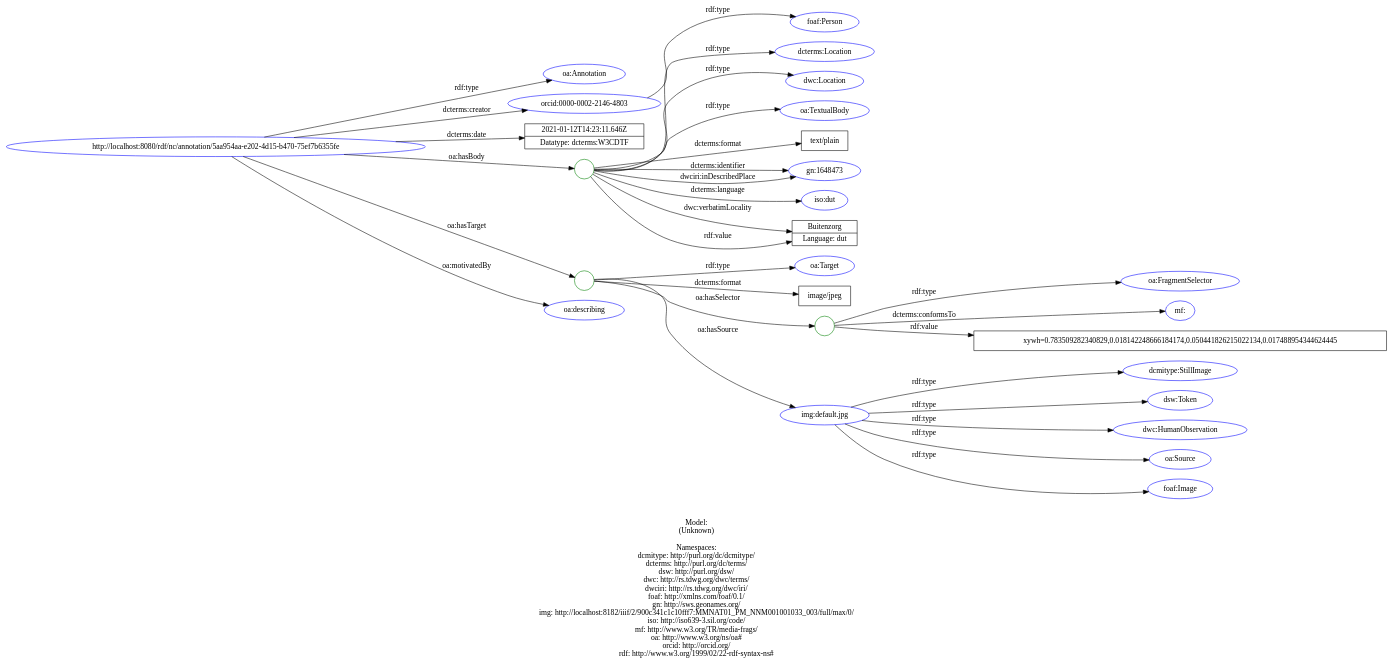
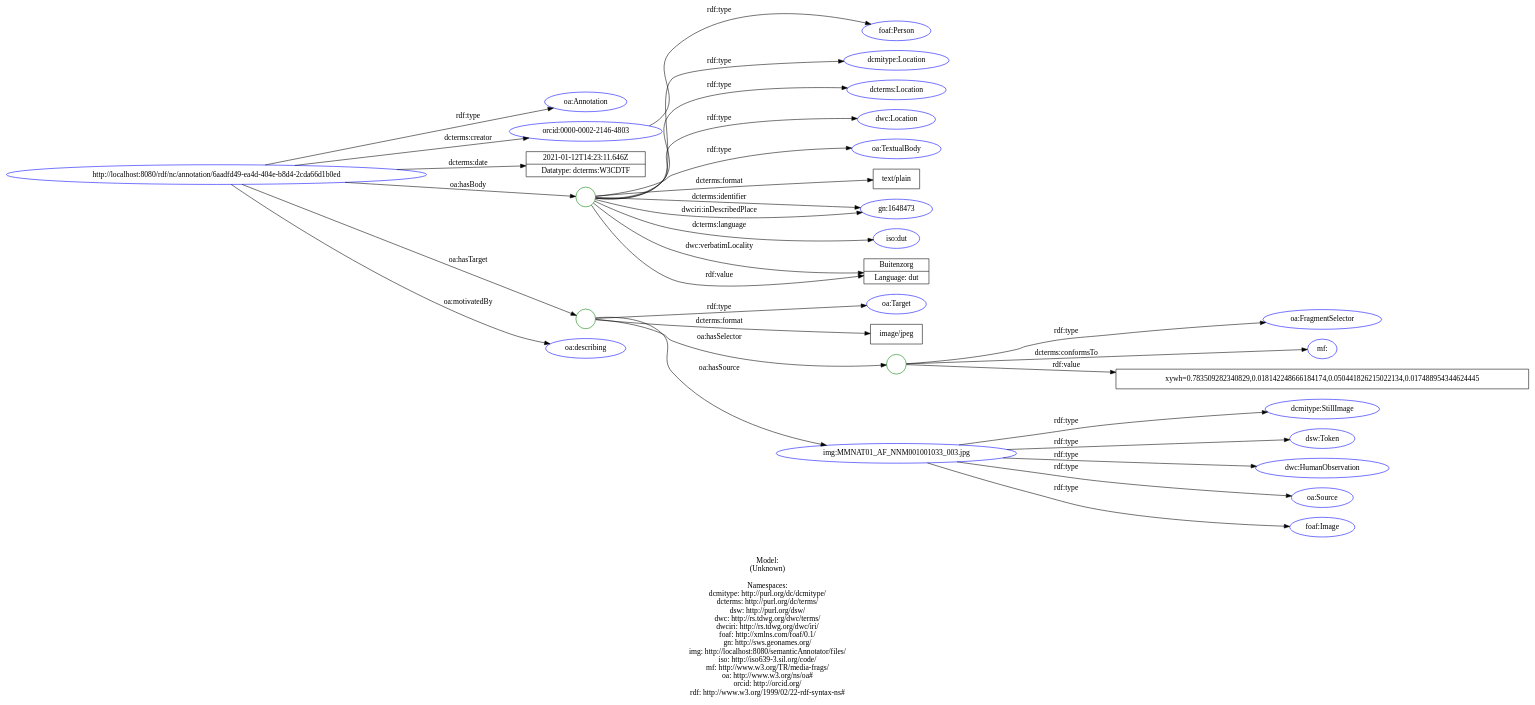
One commit to lisestork/SFB-Annotator changed the diagram in doc/models/example_3_1.dot. Above: the diagram before and after it, drawn with Graphviz. The commit also changed 12 other files, not shown here.

Commit message:
Update data models: example_{2,3,7}_1 #81. - remove some unnecessary variables in AnnotationServlet.java - add DC classes: dcterms:Agent, dcmitype:Location, dcmitype:Event

```diff
--- a/doc/models/example_3_1.dot
+++ b/doc/models/example_3_1.dot
@@ -1,68 +1,70 @@
 digraph {
 	rankdir = LR;
 	charset="utf-8";
 
-	"Rhttp://localhost:8080/rdf/nc/annotation/5aa954aa-e202-4d15-b470-75ef7b6355fe" -> "Roa:Annotation" [ label="rdf:type" ];
-	"Rhttp://localhost:8080/rdf/nc/annotation/5aa954aa-e202-4d15-b470-75ef7b6355fe" -> "Rorcid:0000-0002-2146-4803" [ label="dcterms:creator" ];
-	"Rhttp://localhost:8080/rdf/nc/annotation/5aa954aa-e202-4d15-b470-75ef7b6355fe" -> "L2021-01-12T14:23:11.646Z|Datatype: dcterms:W3CDTF" [ label="dcterms:date" ];
-	"Rhttp://localhost:8080/rdf/nc/annotation/5aa954aa-e202-4d15-b470-75ef7b6355fe" -> "B_:node1f0gq2gelx56" [ label="oa:hasBody" ];
-	"B_:node1f0gq2gelx56" -> "Rdcterms:Location" [ label="rdf:type" ];
-	"B_:node1f0gq2gelx56" -> "Rdwc:Location" [ label="rdf:type" ];
-	"B_:node1f0gq2gelx56" -> "Roa:TextualBody" [ label="rdf:type" ];
-	"B_:node1f0gq2gelx56" -> "Ltext/plain" [ label="dcterms:format" ];
-	"B_:node1f0gq2gelx56" -> "Rgn:1648473" [ label="dcterms:identifier" ];
-	"B_:node1f0gq2gelx56" -> "Riso:dut" [ label="dcterms:language" ];
-	"B_:node1f0gq2gelx56" -> "Rgn:1648473" [ label="dwciri:inDescribedPlace" ];
-	"B_:node1f0gq2gelx56" -> "LBuitenzorg|Language: dut" [ label="dwc:verbatimLocality" ];
-	"B_:node1f0gq2gelx56" -> "LBuitenzorg|Language: dut" [ label="rdf:value" ];
-	"Rhttp://localhost:8080/rdf/nc/annotation/5aa954aa-e202-4d15-b470-75ef7b6355fe" -> "B_:node1f0gq2gelx55" [ label="oa:hasTarget" ];
-	"B_:node1f0gq2gelx55" -> "Roa:Target" [ label="rdf:type" ];
-	"B_:node1f0gq2gelx55" -> "Limage/jpeg" [ label="dcterms:format" ];
-	"B_:node1f0gq2gelx55" -> "B_:node1f0gq2gelx58" [ label="oa:hasSelector" ];
-	"B_:node1f0gq2gelx58" -> "Roa:FragmentSelector" [ label="rdf:type" ];
-	"B_:node1f0gq2gelx58" -> "Rmf:" [ label="dcterms:conformsTo" ];
-	"B_:node1f0gq2gelx58" -> "Lxywh=0.783509282340829,0.018142248666184174,0.050441826215022134,0.017488954344624445" [ label="rdf:value" ];
-	"B_:node1f0gq2gelx55" -> "Rimg:default.jpg" [ label="oa:hasSource" ];
-	"Rhttp://localhost:8080/rdf/nc/annotation/5aa954aa-e202-4d15-b470-75ef7b6355fe" -> "Roa:describing" [ label="oa:motivatedBy" ];
+	"Rhttp://localhost:8080/rdf/nc/annotation/6aadfd49-ea4d-404e-b8d4-2cda66d1b0ed" -> "Roa:Annotation" [ label="rdf:type" ];
+	"Rhttp://localhost:8080/rdf/nc/annotation/6aadfd49-ea4d-404e-b8d4-2cda66d1b0ed" -> "Rorcid:0000-0002-2146-4803" [ label="dcterms:creator" ];
+	"Rhttp://localhost:8080/rdf/nc/annotation/6aadfd49-ea4d-404e-b8d4-2cda66d1b0ed" -> "L2021-01-12T14:23:11.646Z|Datatype: dcterms:W3CDTF" [ label="dcterms:date" ];
+	"Rhttp://localhost:8080/rdf/nc/annotation/6aadfd49-ea4d-404e-b8d4-2cda66d1b0ed" -> "B_:node1f26ai8ibx13" [ label="oa:hasBody" ];
+	"B_:node1f26ai8ibx13" -> "Rdcmitype:Location" [ label="rdf:type" ];
+	"B_:node1f26ai8ibx13" -> "Rdcterms:Location" [ label="rdf:type" ];
+	"B_:node1f26ai8ibx13" -> "Rdwc:Location" [ label="rdf:type" ];
+	"B_:node1f26ai8ibx13" -> "Roa:TextualBody" [ label="rdf:type" ];
+	"B_:node1f26ai8ibx13" -> "Ltext/plain" [ label="dcterms:format" ];
+	"B_:node1f26ai8ibx13" -> "Rgn:1648473" [ label="dcterms:identifier" ];
+	"B_:node1f26ai8ibx13" -> "Riso:dut" [ label="dcterms:language" ];
+	"B_:node1f26ai8ibx13" -> "Rgn:1648473" [ label="dwciri:inDescribedPlace" ];
+	"B_:node1f26ai8ibx13" -> "LBuitenzorg|Language: dut" [ label="dwc:verbatimLocality" ];
+	"B_:node1f26ai8ibx13" -> "LBuitenzorg|Language: dut" [ label="rdf:value" ];
+	"Rhttp://localhost:8080/rdf/nc/annotation/6aadfd49-ea4d-404e-b8d4-2cda66d1b0ed" -> "B_:node1f26ai8ibx12" [ label="oa:hasTarget" ];
+	"B_:node1f26ai8ibx12" -> "Roa:Target" [ label="rdf:type" ];
+	"B_:node1f26ai8ibx12" -> "Limage/jpeg" [ label="dcterms:format" ];
+	"B_:node1f26ai8ibx12" -> "B_:node1f26ai8ibx15" [ label="oa:hasSelector" ];
+	"B_:node1f26ai8ibx15" -> "Roa:FragmentSelector" [ label="rdf:type" ];
+	"B_:node1f26ai8ibx15" -> "Rmf:" [ label="dcterms:conformsTo" ];
+	"B_:node1f26ai8ibx15" -> "Lxywh=0.783509282340829,0.018142248666184174,0.050441826215022134,0.017488954344624445" [ label="rdf:value" ];
+	"B_:node1f26ai8ibx12" -> "Rimg:MMNAT01_AF_NNM001001033_003.jpg" [ label="oa:hasSource" ];
+	"Rhttp://localhost:8080/rdf/nc/annotation/6aadfd49-ea4d-404e-b8d4-2cda66d1b0ed" -> "Roa:describing" [ label="oa:motivatedBy" ];
 	"Rorcid:0000-0002-2146-4803" -> "Rfoaf:Person" [ label="rdf:type" ];
-	"Rimg:default.jpg" -> "Rdcmitype:StillImage" [ label="rdf:type" ];
-	"Rimg:default.jpg" -> "Rdsw:Token" [ label="rdf:type" ];
-	"Rimg:default.jpg" -> "Rdwc:HumanObservation" [ label="rdf:type" ];
-	"Rimg:default.jpg" -> "Roa:Source" [ label="rdf:type" ];
-	"Rimg:default.jpg" -> "Rfoaf:Image" [ label="rdf:type" ];
+	"Rimg:MMNAT01_AF_NNM001001033_003.jpg" -> "Rdcmitype:StillImage" [ label="rdf:type" ];
+	"Rimg:MMNAT01_AF_NNM001001033_003.jpg" -> "Rdsw:Token" [ label="rdf:type" ];
+	"Rimg:MMNAT01_AF_NNM001001033_003.jpg" -> "Rdwc:HumanObservation" [ label="rdf:type" ];
+	"Rimg:MMNAT01_AF_NNM001001033_003.jpg" -> "Roa:Source" [ label="rdf:type" ];
+	"Rimg:MMNAT01_AF_NNM001001033_003.jpg" -> "Rfoaf:Image" [ label="rdf:type" ];
 
 	// Resources
-	"Rhttp://localhost:8080/rdf/nc/annotation/5aa954aa-e202-4d15-b470-75ef7b6355fe" [ label="http://localhost:8080/rdf/nc/annotation/5aa954aa-e202-4d15-b470-75ef7b6355fe", shape = ellipse, color = blue ];
+	"Rhttp://localhost:8080/rdf/nc/annotation/6aadfd49-ea4d-404e-b8d4-2cda66d1b0ed" [ label="http://localhost:8080/rdf/nc/annotation/6aadfd49-ea4d-404e-b8d4-2cda66d1b0ed", shape = ellipse, color = blue ];
 	"Roa:Annotation" [ label="oa:Annotation", shape = ellipse, color = blue ];
 	"Rorcid:0000-0002-2146-4803" [ label="orcid:0000-0002-2146-4803", shape = ellipse, color = blue ];
+	"Rdcmitype:Location" [ label="dcmitype:Location", shape = ellipse, color = blue ];
 	"Rdcterms:Location" [ label="dcterms:Location", shape = ellipse, color = blue ];
 	"Rdwc:Location" [ label="dwc:Location", shape = ellipse, color = blue ];
 	"Roa:TextualBody" [ label="oa:TextualBody", shape = ellipse, color = blue ];
 	"Rgn:1648473" [ label="gn:1648473", shape = ellipse, color = blue ];
 	"Riso:dut" [ label="iso:dut", shape = ellipse, color = blue ];
 	"Roa:Target" [ label="oa:Target", shape = ellipse, color = blue ];
 	"Roa:FragmentSelector" [ label="oa:FragmentSelector", shape = ellipse, color = blue ];
 	"Rmf:" [ label="mf:", shape = ellipse, color = blue ];
-	"Rimg:default.jpg" [ label="img:default.jpg", shape = ellipse, color = blue ];
+	"Rimg:MMNAT01_AF_NNM001001033_003.jpg" [ label="img:MMNAT01_AF_NNM001001033_003.jpg", shape = ellipse, color = blue ];
 	"Roa:describing" [ label="oa:describing", shape = ellipse, color = blue ];
 	"Rfoaf:Person" [ label="foaf:Person", shape = ellipse, color = blue ];
 	"Rdcmitype:StillImage" [ label="dcmitype:StillImage", shape = ellipse, color = blue ];
 	"Rdsw:Token" [ label="dsw:Token", shape = ellipse, color = blue ];
 	"Rdwc:HumanObservation" [ label="dwc:HumanObservation", shape = ellipse, color = blue ];
 	"Roa:Source" [ label="oa:Source", shape = ellipse, color = blue ];
 	"Rfoaf:Image" [ label="foaf:Image", shape = ellipse, color = blue ];
 
 	// Anonymous nodes
-	"B_:node1f0gq2gelx56" [ label="", shape = circle, color = green ];
-	"B_:node1f0gq2gelx55" [ label="", shape = circle, color = green ];
-	"B_:node1f0gq2gelx58" [ label="", shape = circle, color = green ];
+	"B_:node1f26ai8ibx13" [ label="", shape = circle, color = green ];
+	"B_:node1f26ai8ibx12" [ label="", shape = circle, color = green ];
+	"B_:node1f26ai8ibx15" [ label="", shape = circle, color = green ];
 
 	// Literals
 	"L2021-01-12T14:23:11.646Z|Datatype: dcterms:W3CDTF" [ label="2021-01-12T14:23:11.646Z|Datatype: dcterms:W3CDTF", shape = record ];
 	"Ltext/plain" [ label="text/plain", shape = record ];
 	"LBuitenzorg|Language: dut" [ label="Buitenzorg|Language: dut", shape = record ];
 	"Limage/jpeg" [ label="image/jpeg", shape = record ];
 	"Lxywh=0.783509282340829,0.018142248666184174,0.050441826215022134,0.017488954344624445" [ label="xywh=0.783509282340829,0.018142248666184174,0.050441826215022134,0.017488954344624445", shape = record ];
 
-	label="\n\nModel:\n(Unknown)\n\nNamespaces:\ndcmitype: http://purl.org/dc/dcmitype/\ndcterms: http://purl.org/dc/terms/\ndsw: http://purl.org/dsw/\ndwc: http://rs.tdwg.org/dwc/terms/\ndwciri: http://rs.tdwg.org/dwc/iri/\nfoaf: http://xmlns.com/foaf/0.1/\ngn: http://sws.geonames.org/\nimg: http://localhost:8182/iiif/2/900c341c1c10fff7:MMNAT01_PM_NNM001001033_003/full/max/0/\niso: http://iso639-3.sil.org/code/\nmf: http://www.w3.org/TR/media-frags/\noa: http://www.w3.org/ns/oa#\norcid: http://orcid.org/\nrdf: http://www.w3.org/1999/02/22-rdf-syntax-ns#\n";
+	label="\n\nModel:\n(Unknown)\n\nNamespaces:\ndcmitype: http://purl.org/dc/dcmitype/\ndcterms: http://purl.org/dc/terms/\ndsw: http://purl.org/dsw/\ndwc: http://rs.tdwg.org/dwc/terms/\ndwciri: http://rs.tdwg.org/dwc/iri/\nfoaf: http://xmlns.com/foaf/0.1/\ngn: http://sws.geonames.org/\nimg: http://localhost:8080/semanticAnnotator/files/\niso: http://iso639-3.sil.org/code/\nmf: http://www.w3.org/TR/media-frags/\noa: http://www.w3.org/ns/oa#\norcid: http://orcid.org/\nrdf: http://www.w3.org/1999/02/22-rdf-syntax-ns#\n";
 }
```
